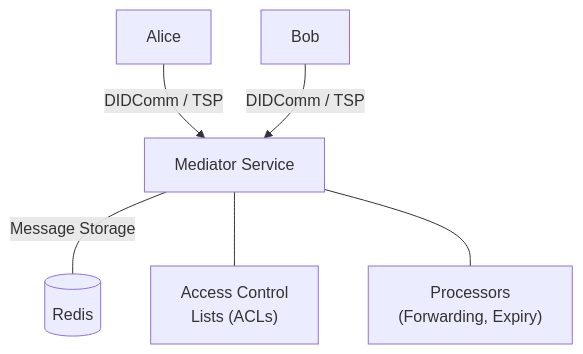
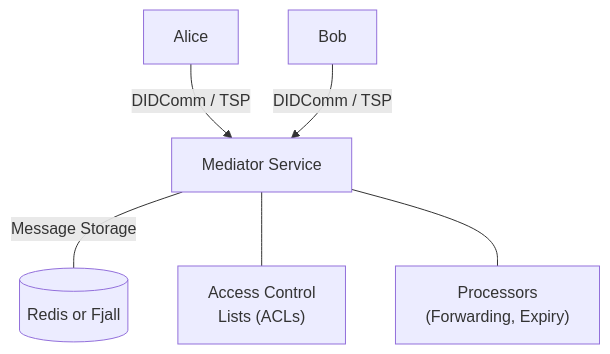
Before and after one commit to affinidi/affinidi-messaging-mediator: the diagram in crates/affinidi-messaging-mediator/README.md, drawn with Mermaid. The commit also changed other lines of this file and 37 other files, not shown here.

````diff
--- a/crates/affinidi-messaging-mediator/README.md
+++ b/crates/affinidi-messaging-mediator/README.md
@@ -189,8 +186,8 @@
 ```mermaid
 graph TD
     A["Alice"] -->|DIDComm / TSP| MED["Mediator Service"]
     B["Bob"] -->|DIDComm / TSP| MED
-    MED ---|Message Storage| REDIS[(Redis)]
+    MED ---|Message Storage| STORE[(Redis or Fjall)]
     MED --- ACL["Access Control<br/>Lists (ACLs)"]
     MED --- PROC["Processors<br/>(Forwarding, Expiry)"]
 ```
````
